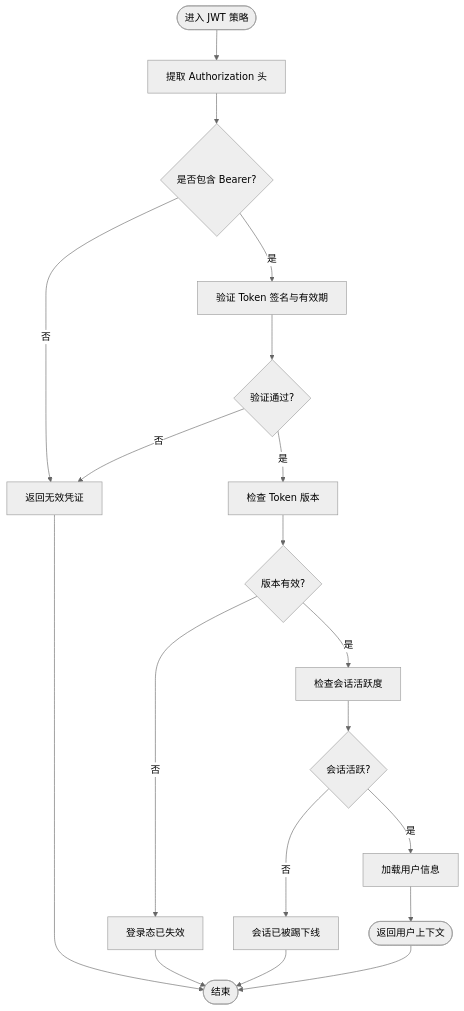
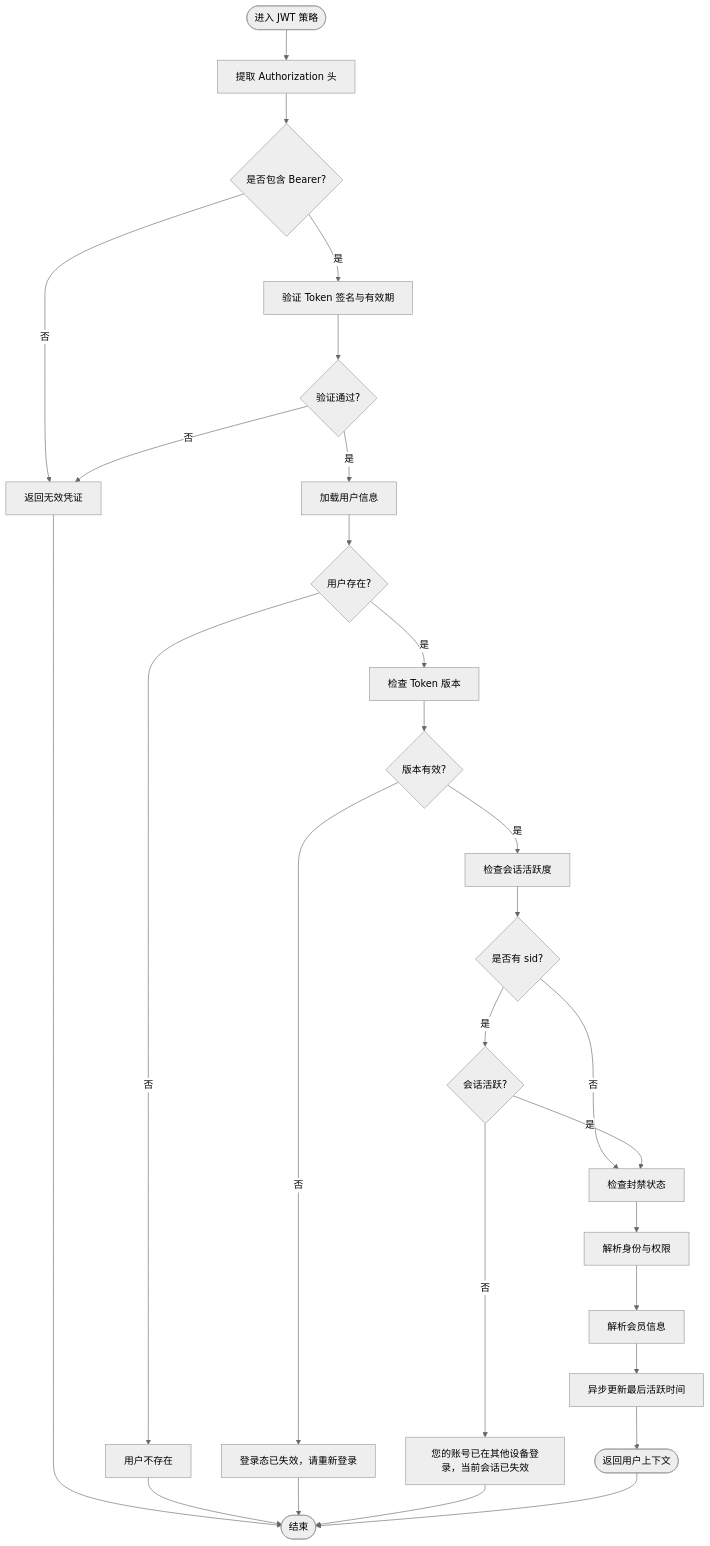
One commit to rc558620/purelyprofit-server changed the fourth of 14 diagrams in .qoder/repowiki/zh/content/认证授权系统/JWT 认证机制.md. Above: the diagram before and after it, drawn with Mermaid (neutral theme). The commit also changed other lines of this file and 164 other files, not shown here.

````diff
--- a/.qoder/repowiki/zh/content/认证授权系统/JWT 认证机制.md
+++ b/.qoder/repowiki/zh/content/认证授权系统/JWT 认证机制.md
@@ -151,21 +168,30 @@
 ```mermaid
 flowchart TD
 Start(["进入 JWT 策略"]) --> Extract["提取 Authorization 头"]
 Extract --> HasBearer{"是否包含 Bearer?"}
 HasBearer --> |否| Fail["返回无效凭证"]
 HasBearer --> |是| Verify["验证 Token 签名与有效期"]
 Verify --> Valid{"验证通过?"}
 Valid --> |否| Fail
-Valid --> |是| CheckVersion["检查 Token 版本"]
+Valid --> |是| LoadUser["加载用户信息"]
+LoadUser --> UserExists{"用户存在?"}
+UserExists --> |否| UserNotFound["用户不存在"]
+UserExists --> |是| CheckVersion["检查 Token 版本"]
 CheckVersion --> VersionOK{"版本有效?"}
-VersionOK --> |否| Expired["登录态已失效"]
+VersionOK --> |否| Expired["登录态已失效，请重新登录"]
 VersionOK --> |是| CheckSession["检查会话活跃度"]
-CheckSession --> SessionActive{"会话活跃?"}
-SessionActive --> |否| KickedOut["会话已被踢下线"]
-SessionActive --> |是| LoadUser["加载用户信息"]
-LoadUser --> Done(["返回用户上下文"])
+CheckSession --> HasSid{"是否有 sid?"}
+HasSid --> |否| CheckBan["检查封禁状态"]
+HasSid --> |是| SessionActive{"会话活跃?"}
+SessionActive --> |否| KickedOut["您的账号已在其他设备登录，当前会话已失效"]
+SessionActive --> |是| CheckBan
+CheckBan --> Identity["解析身份与权限"]
+Identity --> Membership["解析会员信息"]
+Membership --> UpdateActive["异步更新最后活跃时间"]
+UpdateActive --> Done(["返回用户上下文"])
 Fail --> End(["结束"])
+UserNotFound --> End
 Expired --> End
 KickedOut --> End
 Done --> End
 ```
````
